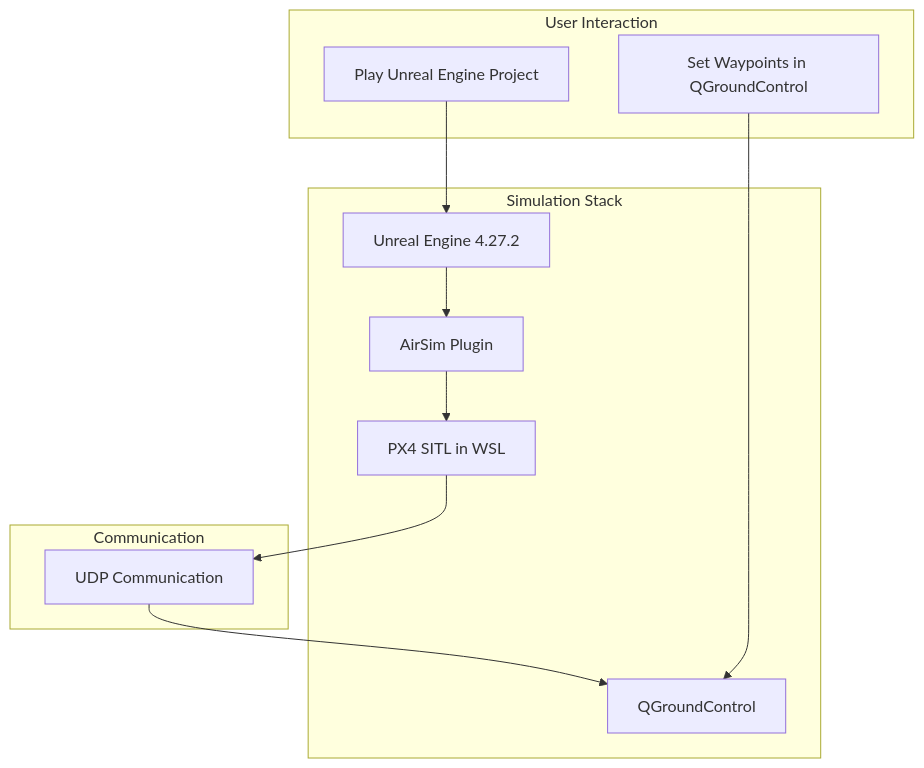
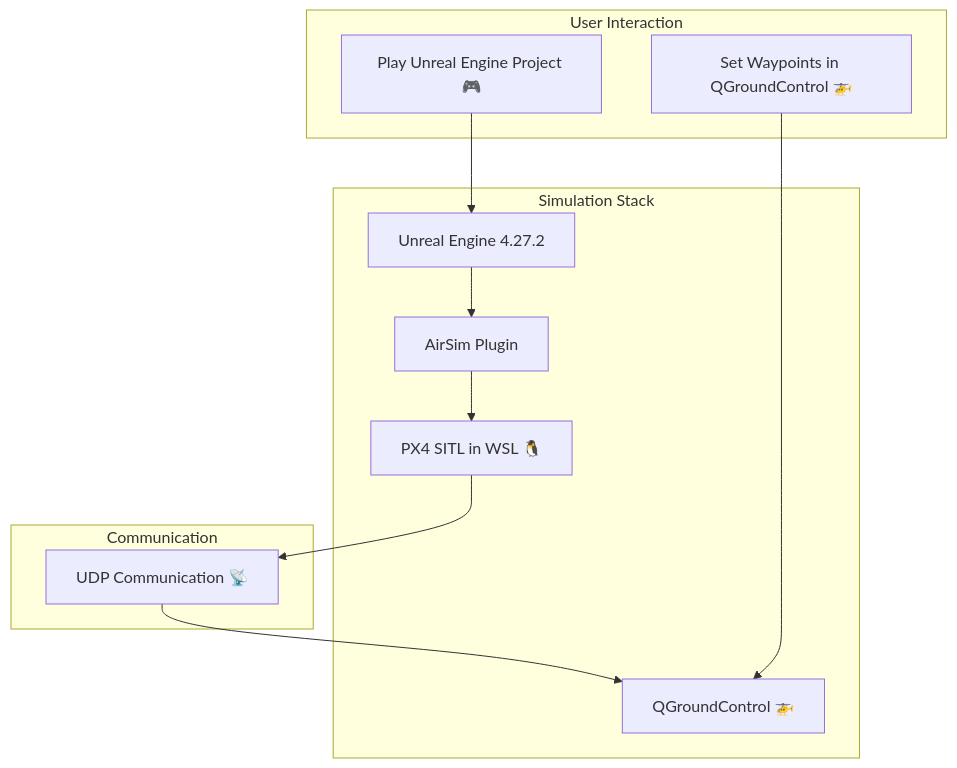
One commit to tmarktg/UAV_intercept changed the diagram in README.MD. Above: the diagram before and after it, drawn with Mermaid. The commit also changed other lines of this file, not shown here.

````diff
--- a/README.MD
+++ b/README.MD
@@ -279,25 +260,25 @@
 ```mermaid
 graph TD
     subgraph User Interaction
-        A[Play Unreal Engine Project]
-        B[Set Waypoints in QGroundControl]
+        A[Play Unreal Engine Project 🎮]
+        B[Set Waypoints in QGroundControl 🚁]
     end
     
     subgraph Simulation Stack
         C[Unreal Engine 4.27.2]
         D[AirSim Plugin]
-        E[PX4 SITL in WSL]
-        F[QGroundControl]
+        E[PX4 SITL in WSL 🐧]
+        F[QGroundControl 🚁]
     end
     
     subgraph Communication
-        G[UDP Communication]
+        G[UDP Communication 📡]
     end
 
     A --> C
     C --> D
     D --> E
     E --> G
     G --> F
     B --> F
 ```
````
